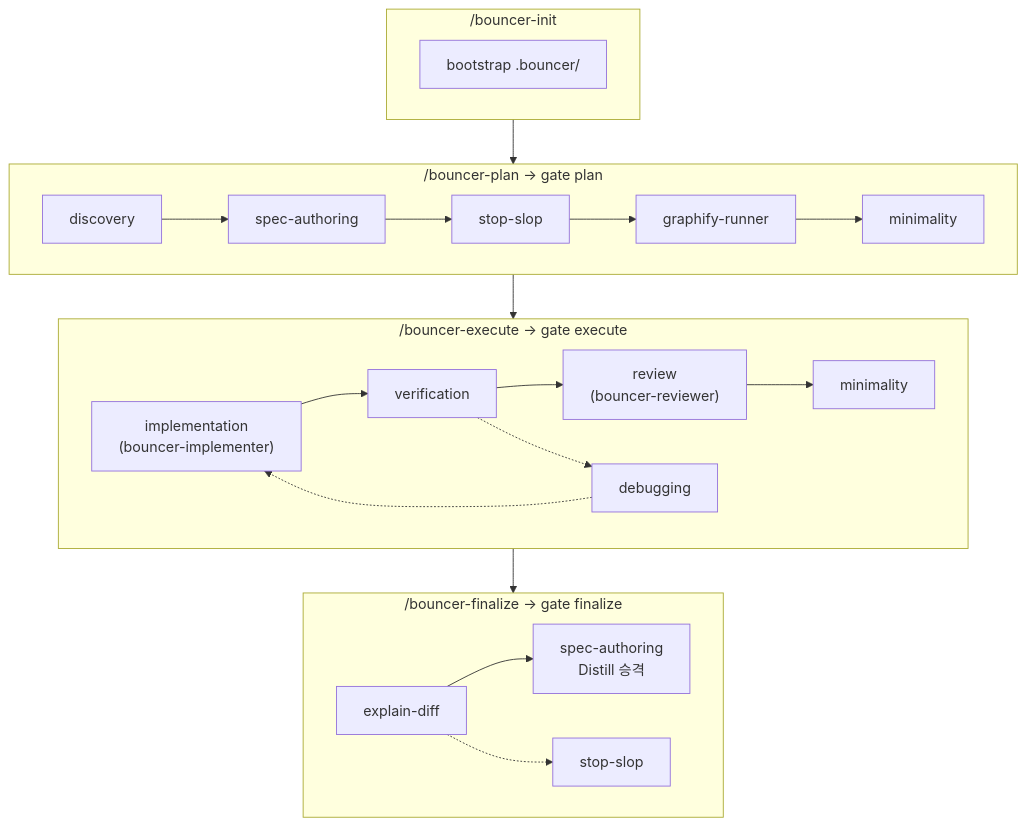
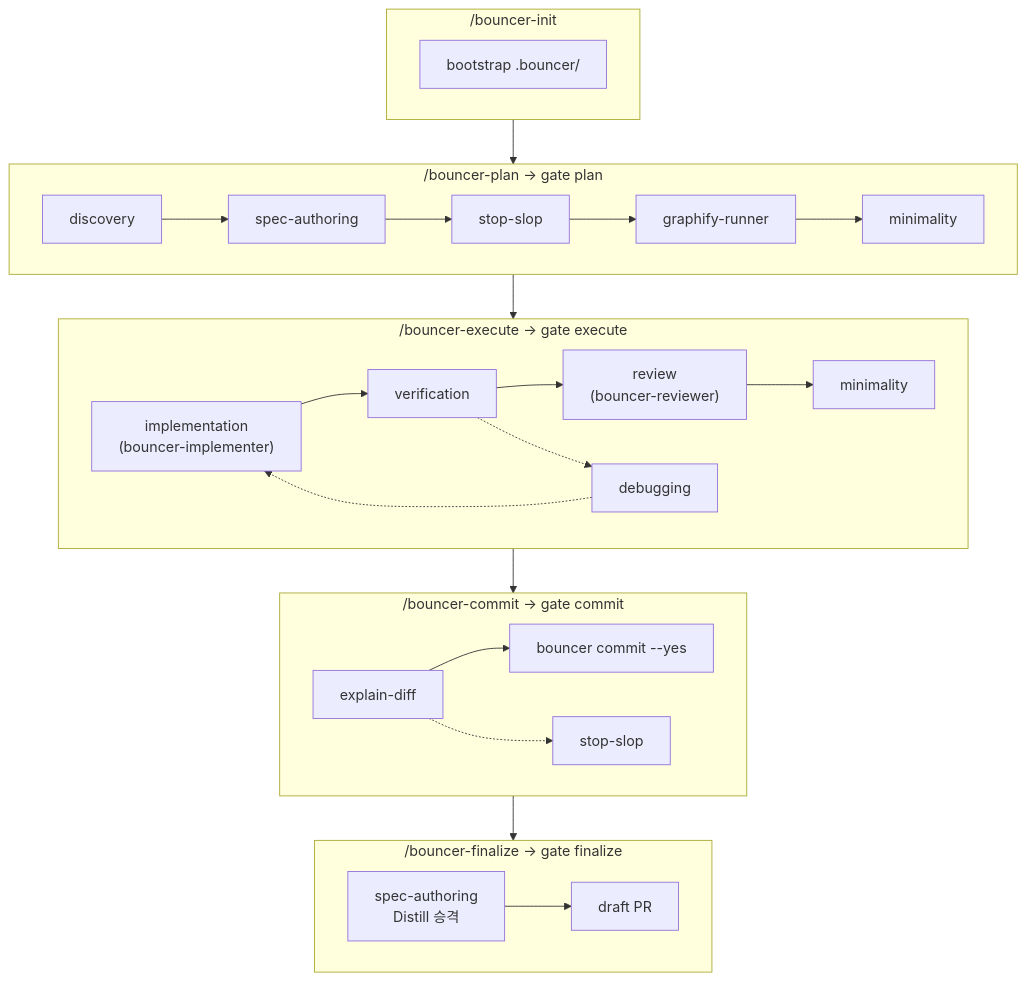
Before and after one commit to cheongfish/bouncer: the diagram in README.md, drawn with Mermaid. The commit also changed other lines of this file and 27 other files, not shown here.

First line of the commit message:
feat: /bouncer-commit 스킬을 만들고 워크플로 문서를 새 단계 순서로 맞춤

````diff
--- a/README.md
+++ b/README.md
@@ -28,30 +28,35 @@
 ```mermaid
 flowchart TB
   subgraph init["/bouncer-init"]
     BI["bootstrap .bouncer/"]
   end
 
   subgraph plan["/bouncer-plan → gate plan"]
     direction LR
     D[discovery] --> SA1[spec-authoring]
     SA1 --> SS[stop-slop]
     SS --> GR[graphify-runner]
     GR --> M1[minimality]
   end
 
   subgraph exec["/bouncer-execute → gate execute"]
     direction LR
     IMP["implementation<br/>(bouncer-implementer)"] --> VER[verification]
     VER --> REV["review<br/>(bouncer-reviewer)"]
     VER -.-> DBG[debugging]
     DBG -.-> IMP
     REV --> M2[minimality]
   end
 
-  subgraph fin["/bouncer-finalize → gate finalize"]
-    ED[explain-diff] --> SA2["spec-authoring<br/>Distill 승격"]
+  subgraph commit["/bouncer-commit → gate commit"]
+    direction LR
+    ED[explain-diff] --> CM["bouncer commit --yes"]
     ED -.-> SS2[stop-slop]
   end
 
-  init --> plan --> exec --> fin
+  subgraph fin["/bouncer-finalize → gate finalize"]
+    SA2["spec-authoring<br/>Distill 승격"] --> PR[draft PR]
+  end
+
+  init --> plan --> exec --> commit --> fin
 ```
````
